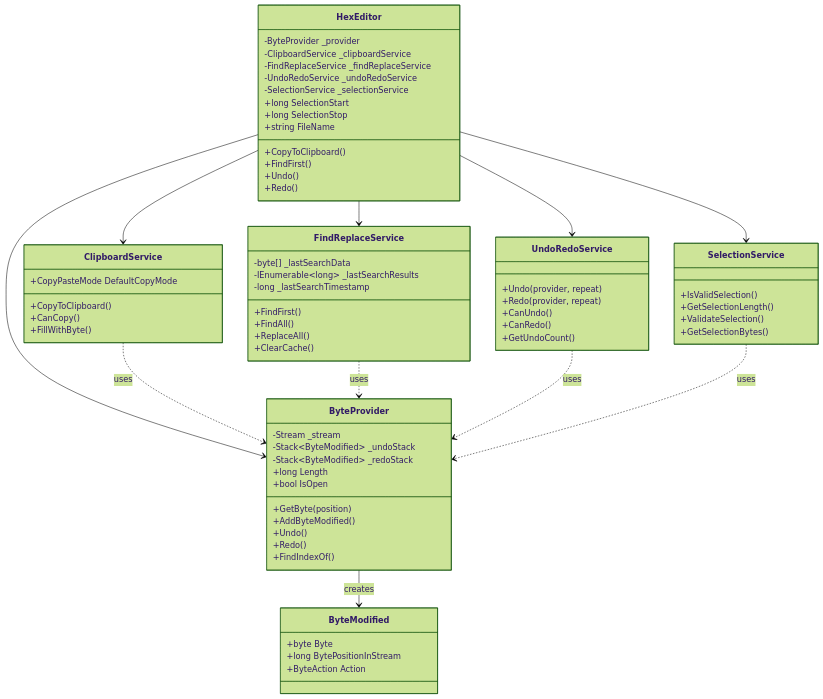
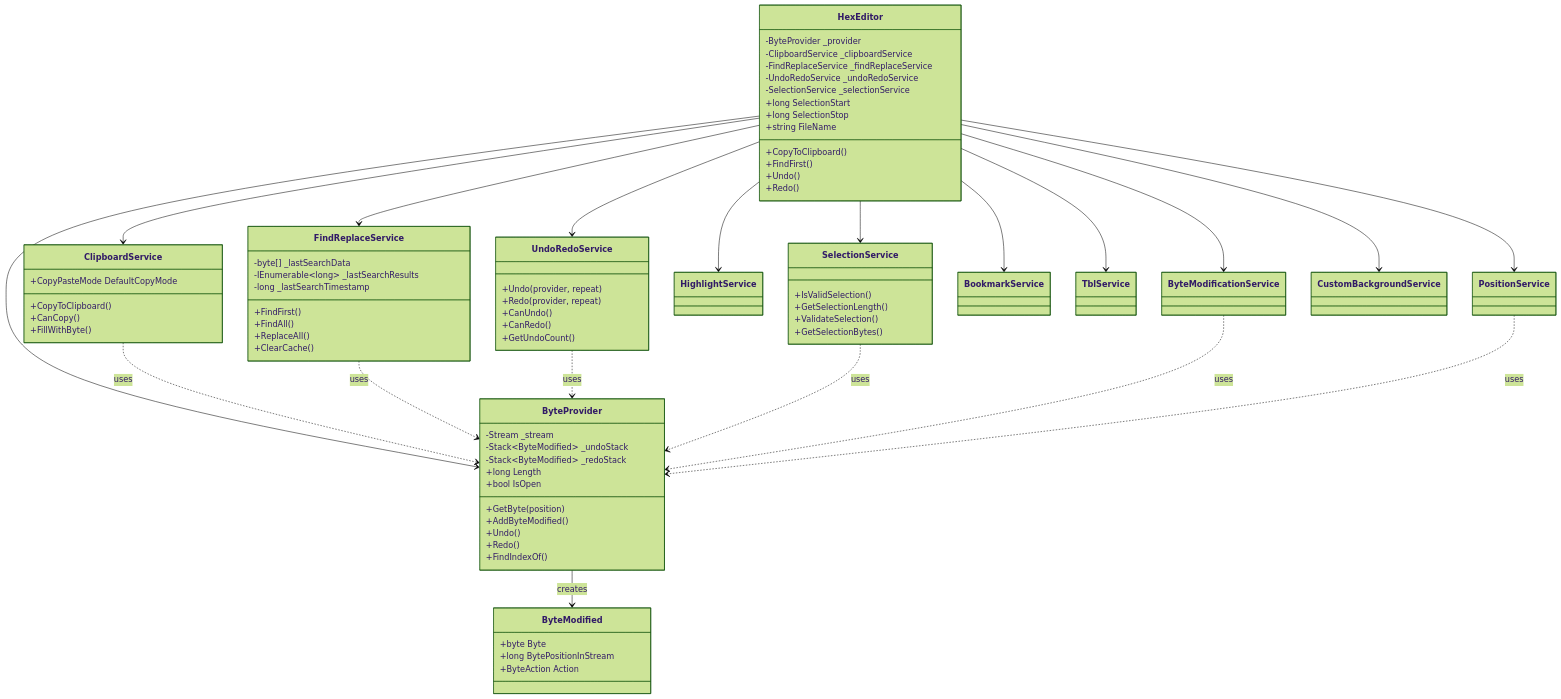
The seventh of 12 diagrams in ARCHITECTURE.md (myd7349/WpfHexEditorControl), drawn with Mermaid (forest theme) before and after one commit. The commit also changed other lines of this file and 8 other files, not shown here.

````diff
--- a/ARCHITECTURE.md
+++ b/ARCHITECTURE.md
@@ -377,11 +407,19 @@
     HexEditor --> FindReplaceService
     HexEditor --> UndoRedoService
     HexEditor --> SelectionService
+    HexEditor --> HighlightService
+    HexEditor --> ByteModificationService
+    HexEditor --> BookmarkService
+    HexEditor --> TblService
+    HexEditor --> PositionService
+    HexEditor --> CustomBackgroundService
 
     ClipboardService ..> ByteProvider : uses
     FindReplaceService ..> ByteProvider : uses
     UndoRedoService ..> ByteProvider : uses
     SelectionService ..> ByteProvider : uses
+    ByteModificationService ..> ByteProvider : uses
+    PositionService ..> ByteProvider : uses
 
     ByteProvider --> ByteModified : creates
 ```
````
